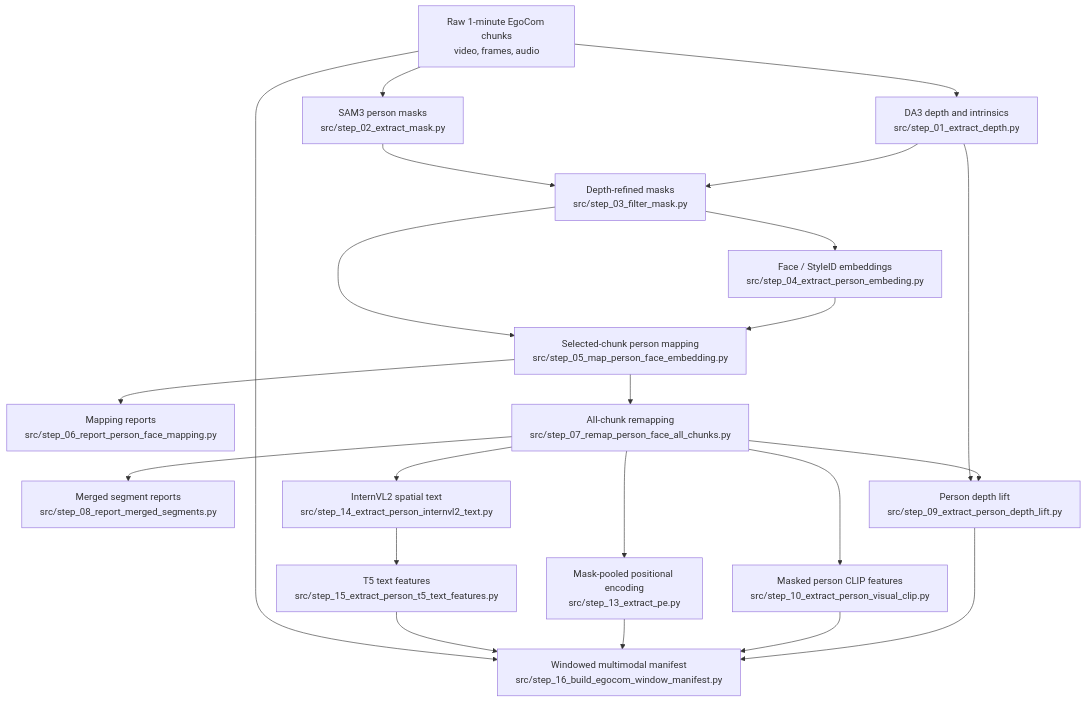
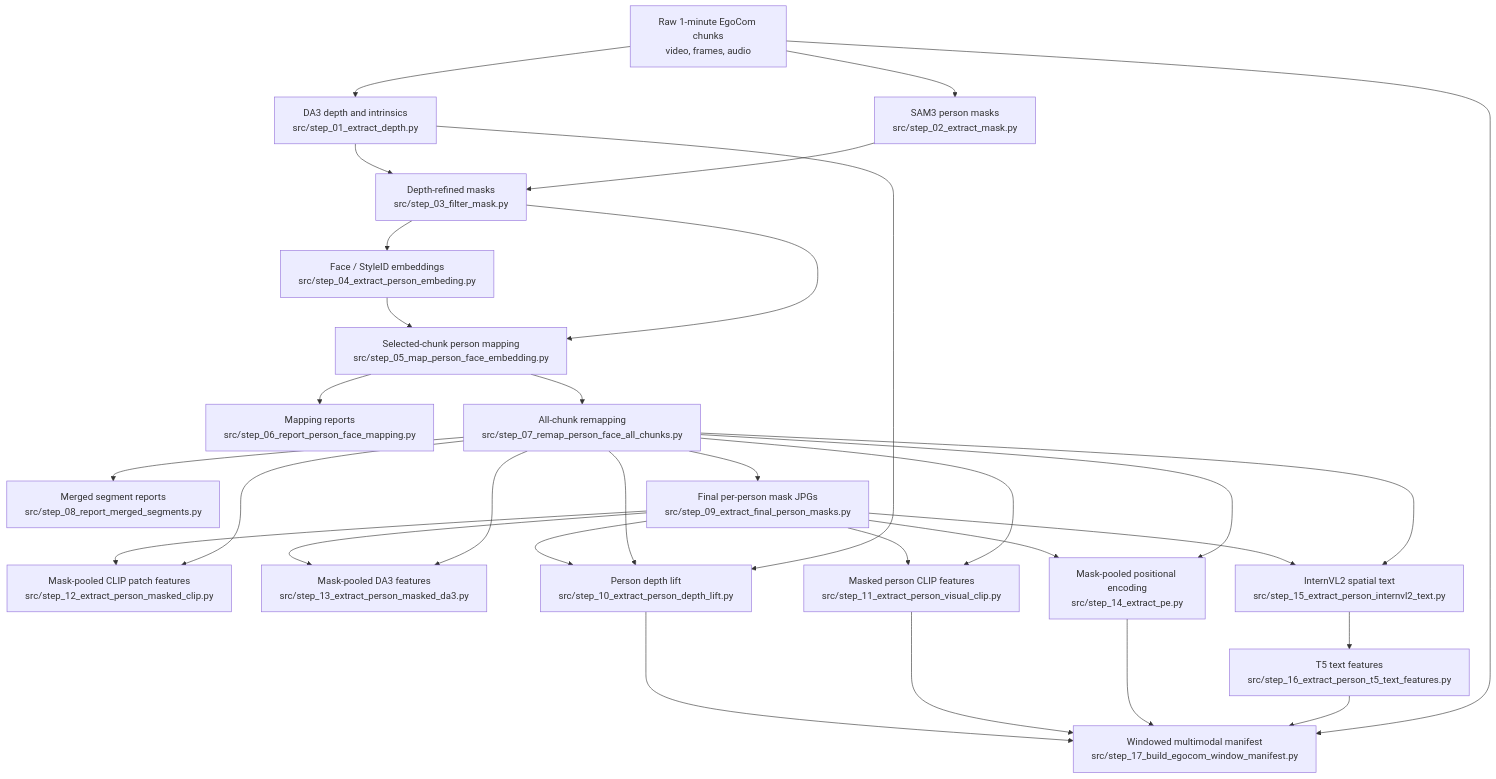
The diagram in procedure.md (beautifulchoi/egocom-preprocess), drawn with Mermaid before and after one commit. The commit also changed other lines of this file and 24 other files, not shown here.

````diff
--- a/procedure.md
+++ b/procedure.md
@@ -7,40 +7,52 @@
 ```mermaid
 flowchart TD
     raw[Raw 1-minute EgoCom chunks\nvideo, frames, audio]
     depth[DA3 depth and intrinsics\nsrc/step_01_extract_depth.py]
     mask[SAM3 person masks\nsrc/step_02_extract_mask.py]
     refined[Depth-refined masks\nsrc/step_03_filter_mask.py]
     face[Face / StyleID embeddings\nsrc/step_04_extract_person_embeding.py]
     map[Selected-chunk person mapping\nsrc/step_05_map_person_face_embedding.py]
     reports[Mapping reports\nsrc/step_06_report_person_face_mapping.py]
     remap[All-chunk remapping\nsrc/step_07_remap_person_face_all_chunks.py]
     merge_reports[Merged segment reports\nsrc/step_08_report_merged_segments.py]
-    lift[Person depth lift\nsrc/step_09_extract_person_depth_lift.py]
-    clip[Masked person CLIP features\nsrc/step_10_extract_person_visual_clip.py]
-    pe[Mask-pooled positional encoding\nsrc/step_13_extract_pe.py]
-    text[InternVL2 spatial text\nsrc/step_14_extract_person_internvl2_text.py]
-    t5[T5 text features\nsrc/step_15_extract_person_t5_text_features.py]
-    manifest[Windowed multimodal manifest\nsrc/step_16_build_egocom_window_manifest.py]
+    final_mask[Final per-person mask JPGs\nsrc/step_09_extract_final_person_masks.py]
+    mclip[Mask-pooled CLIP patch features\nsrc/step_12_extract_person_masked_clip.py]
+    mda3[Mask-pooled DA3 features\nsrc/step_13_extract_person_masked_da3.py]
+    lift[Person depth lift\nsrc/step_10_extract_person_depth_lift.py]
+    clip[Masked person CLIP features\nsrc/step_11_extract_person_visual_clip.py]
+    pe[Mask-pooled positional encoding\nsrc/step_14_extract_pe.py]
+    text[InternVL2 spatial text\nsrc/step_15_extract_person_internvl2_text.py]
+    t5[T5 text features\nsrc/step_16_extract_person_t5_text_features.py]
+    manifest[Windowed multimodal manifest\nsrc/step_17_build_egocom_window_manifest.py]
 
     raw --> depth
     raw --> mask
     depth --> refined
     mask --> refined
     refined --> face
     face --> map
     refined --> map
     map --> reports
     map --> remap
     remap --> merge_reports
+    remap --> final_mask
+    final_mask --> lift
+    final_mask --> clip
+    final_mask --> mclip
+    final_mask --> mda3
+    final_mask --> pe
+    final_mask --> text
     remap --> lift
     remap --> clip
+    remap --> mclip
+    remap --> mda3
     remap --> pe
     remap --> text
     depth --> lift
     text --> t5
     lift --> manifest
     clip --> manifest
     pe --> manifest
     t5 --> manifest
     raw --> manifest
 ```
````
